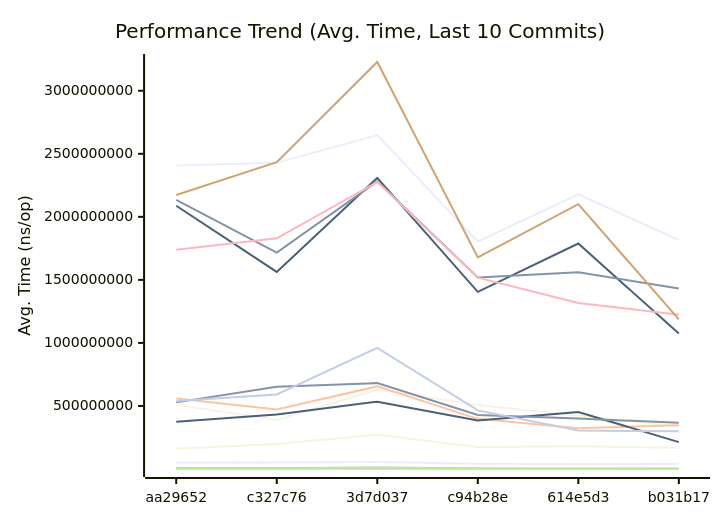
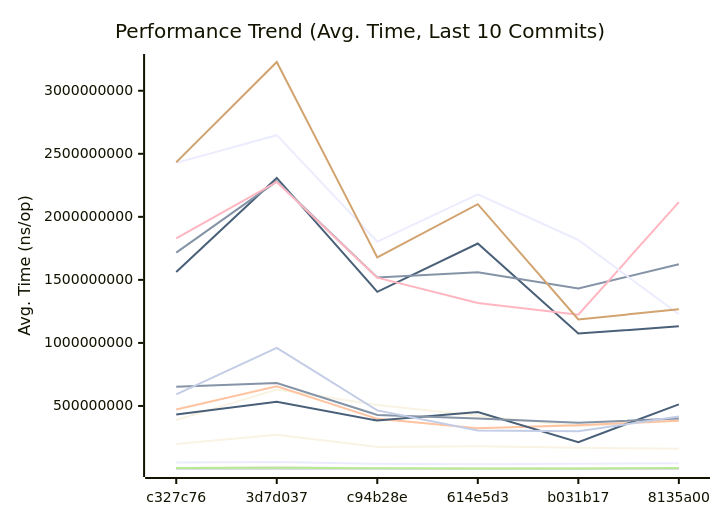
The first of 3 diagrams in docs/PERFORMANCE.md (alsotoes/momo), drawn with Mermaid before and after one commit. The commit also changed other lines of this file and 1 other file, not shown here.

````diff
--- a/docs/PERFORMANCE.md
+++ b/docs/PERFORMANCE.md
@@ -260,44 +260,44 @@
 ```mermaid
 xychart-beta
     title "Performance Trend (Avg. Time, Last 10 Commits)"
     x-axis "Commit"
     y-axis "Avg. Time (ns/op)"
-    x-axis [aa29652,c327c76,3d7d037,c94b28e,614e5d3,b031b17]
-    line "AWSChunkedReaderSigned" [1043223,973548,1455699,680259,833482,953309,627888,785988,1067684,922629]
-    line "AWSChunkedReaderUnsigned" [1351997,1054695,1128789,889133,730853,858757,790951,977586,1009938,957235]
-    line "CheckMetricsAndSwap" [18,19,38,17,10,13,15,17,19,19]
-    line "CrushOptimized" [593,643,1042,685,798,468,532,465,1105,686]
-    line "CrushOriginal" [856,1307,2029,855,1268,698,834,795,4070,916]
-    line "FormatListObjectsV2XML_AppendFormat" [2255056,1630321,4600271,1782191,1061116,1008647,1406590,1275364,2945065,1883129]
-    line "FormatListObjectsV2XML_OldFormat" [1103444,888288,1357791,907084,473930,533866,813796,870950,1231705,951687]
-    line "HashBytes/1MiB" [7575501,6664907,7640824,5383828,7555000,5598473,4921734,5879995,7762528,6632796]
-    line "HashBytes/256MiB" [2087994619,1563281181,2308810918,1405443275,1788061102,1074265335,1131266592,1293022873,1911922639,1864794800]
-    line "HashBytes/64MiB" [509860327,389285110,629622654,507641214,422715939,338237103,382860244,372987075,500199690,515415655]
-    line "HashFile/1MiB" [8227082,7078150,8690518,5618671,6533318,4172609,6261739,5169082,7925836,7984742]
-    line "HashFile/256MiB" [2135226775,1716532942,2281655194,1518211227,1560936348,1431277931,1624300639,1432425639,2277372507,1808278202]
-    line "HashFile/64MiB" [558613671,471436906,655531538,397822488,323633746,347435470,383484634,407202955,631755332,456982643]
+    x-axis [c327c76,3d7d037,c94b28e,614e5d3,b031b17,8135a00]
+    line "AWSChunkedReaderSigned" [973548,1455699,680259,833482,953309,627888,785988,1067684,922629,835570]
+    line "AWSChunkedReaderUnsigned" [1054695,1128789,889133,730853,858757,790951,977586,1009938,957235,977699]
+    line "CheckMetricsAndSwap" [19,38,17,10,13,15,17,19,19,15]
+    line "CrushOptimized" [643,1042,685,798,468,532,465,1105,686,634]
+    line "CrushOriginal" [1307,2029,855,1268,698,834,795,4070,916,1020]
+    line "FormatListObjectsV2XML_AppendFormat" [1630321,4600271,1782191,1061116,1008647,1406590,1275364,2945065,1883129,1270213]
+    line "FormatListObjectsV2XML_OldFormat" [888288,1357791,907084,473930,533866,813796,870950,1231705,951687,744615]
+    line "HashBytes/1MiB" [6664907,7640824,5383828,7555000,5598473,4921734,5879995,7762528,6632796,6072494]
+    line "HashBytes/256MiB" [1563281181,2308810918,1405443275,1788061102,1074265335,1131266592,1293022873,1911922639,1864794800,1600838236]
+    line "HashBytes/64MiB" [389285110,629622654,507641214,422715939,338237103,382860244,372987075,500199690,515415655,464721050]
+    line "HashFile/1MiB" [7078150,8690518,5618671,6533318,4172609,6261739,5169082,7925836,7984742,6072545]
+    line "HashFile/256MiB" [1716532942,2281655194,1518211227,1560936348,1431277931,1624300639,1432425639,2277372507,1808278202,1557151244]
+    line "HashFile/64MiB" [471436906,655531538,397822488,323633746,347435470,383484634,407202955,631755332,456982643,336180629]
     line "IndexDirectTracking" [1,1,1,1,1,1,1,1,1,1]
-    line "IndexSearch" [5,4,5,5,4,4,4,5,5,5]
-    line "LastModifiedHeader_AppendFormat" [610,638,744,453,385,315,376,542,692,554]
-    line "LastModifiedHeader_Format" [812,695,1046,635,526,444,488,574,945,740]
-    line "LoadGlobalConfig" [20187,22438,33068,21404,21459,15616,14400,18548,33096,27395]
-    line "LocalWrite/1MiB" [1771010,1395534,1103659,782921,673496,973167,928144,1116026,1101952,948941]
-    line "LocalWrite/256MiB" [160392504,197917420,272351029,175219427,179514948,167743774,160436947,185677716,237694458,201951766]
-    line "LocalWrite/64MiB" [49166059,52341255,56218123,42014368,37648886,40720206,46095057,61144515,51244002,47739884]
-    line "PadString" [211,165,205,86,67,85,80,88,254,130]
+    line "IndexSearch" [4,5,5,4,4,4,5,5,5,4]
+    line "LastModifiedHeader_AppendFormat" [638,744,453,385,315,376,542,692,554,477]
+    line "LastModifiedHeader_Format" [695,1046,635,526,444,488,574,945,740,531]
+    line "LoadGlobalConfig" [22438,33068,21404,21459,15616,14400,18548,33096,27395,21243]
+    line "LocalWrite/1MiB" [1395534,1103659,782921,673496,973167,928144,1116026,1101952,948941,944282]
+    line "LocalWrite/256MiB" [197917420,272351029,175219427,179514948,167743774,160436947,185677716,237694458,201951766,186460606]
+    line "LocalWrite/64MiB" [52341255,56218123,42014368,37648886,40720206,46095057,61144515,51244002,47739884,44142497]
+    line "PadString" [165,205,86,67,85,80,88,254,130,105]
     line "ParseReplicationOrder_NoPrealloc" [350,349,357,354,345,225,229,165,232,234]
     line "ParseReplicationOrder_Prealloc" [229,231,237,234,229,108,107,80,110,109]
-    line "Placement" [8102,10527,25580,11321,10377,7200,8789,8100,27755,9688]
-    line "PlacementDomainSpread" [8684,11049,18437,11792,9468,8229,9655,8934,18491,11295]
-    line "ReadVerify/1MiB" [5630820,6689386,12183182,5670392,7713170,4757418,5869903,8481402,7559053,7811454]
-    line "ReadVerify/256MiB" [1738129398,1830120119,2276631953,1517577657,1316685724,1223335569,2116170500,1781612989,2200381287,1884111924]
-    line "ReadVerify/64MiB" [374198113,432795151,533889680,383828668,451931212,213251291,512922822,518387680,545034562,507474576]
-    line "S3PutSpool/1MiB" [9117398,9491833,12330195,7822144,8408058,8591213,6157166,6498512,9327955,8640777]
-    line "S3PutSpool/256MiB" [2406472426,2428268969,2647654672,1803968295,2177507350,1816522977,1227464198,1869122530,2351294741,2169231306]
-    line "S3PutSpool/64MiB" [528507413,651666227,681227498,429216770,399626051,367182715,399702230,433842837,576056595,569773006]
-    line "SanitizeLog/Safe" [623,639,645,428,331,547,453,464,721,570]
-    line "SanitizeLog/Unsafe" [2180,2105,3077,1405,1260,1471,1234,1310,2660,1976]
-    line "TrustedRead/1MiB" [8367879,7463250,9671314,5650216,4830214,4254033,7751297,7357692,9625274,8251662]
-    line "TrustedRead/256MiB" [2173767229,2433008029,3228071339,1677679418,2100324369,1186508654,1267006234,1480761171,2120164443,2079407950]
-    line "TrustedRead/64MiB" [540269082,591536062,961059323,465018339,305338723,298647819,415837736,464687610,569925858,539820546]
+    line "Placement" [10527,25580,11321,10377,7200,8789,8100,27755,9688,11354]
+    line "PlacementDomainSpread" [11049,18437,11792,9468,8229,9655,8934,18491,11295,11204]
+    line "ReadVerify/1MiB" [6689386,12183182,5670392,7713170,4757418,5869903,8481402,7559053,7811454,5644733]
+    line "ReadVerify/256MiB" [1830120119,2276631953,1517577657,1316685724,1223335569,2116170500,1781612989,2200381287,1884111924,1695229855]
+    line "ReadVerify/64MiB" [432795151,533889680,383828668,451931212,213251291,512922822,518387680,545034562,507474576,384974247]
+    line "S3PutSpool/1MiB" [9491833,12330195,7822144,8408058,8591213,6157166,6498512,9327955,8640777,6831278]
+    line "S3PutSpool/256MiB" [2428268969,2647654672,1803968295,2177507350,1816522977,1227464198,1869122530,2351294741,2169231306,1809657163]
+    line "S3PutSpool/64MiB" [651666227,681227498,429216770,399626051,367182715,399702230,433842837,576056595,569773006,490049884]
+    line "SanitizeLog/Safe" [639,645,428,331,547,453,464,721,570,552]
+    line "SanitizeLog/Unsafe" [2105,3077,1405,1260,1471,1234,1310,2660,1976,1462]
+    line "TrustedRead/1MiB" [7463250,9671314,5650216,4830214,4254033,7751297,7357692,9625274,8251662,7395052]
+    line "TrustedRead/256MiB" [2433008029,3228071339,1677679418,2100324369,1186508654,1267006234,1480761171,2120164443,2079407950,1606816652]
+    line "TrustedRead/64MiB" [591536062,961059323,465018339,305338723,298647819,415837736,464687610,569925858,539820546,397487249]
 ```
````
